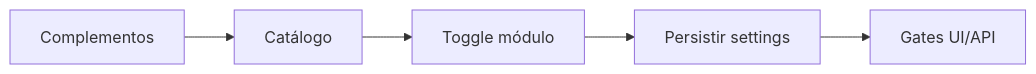
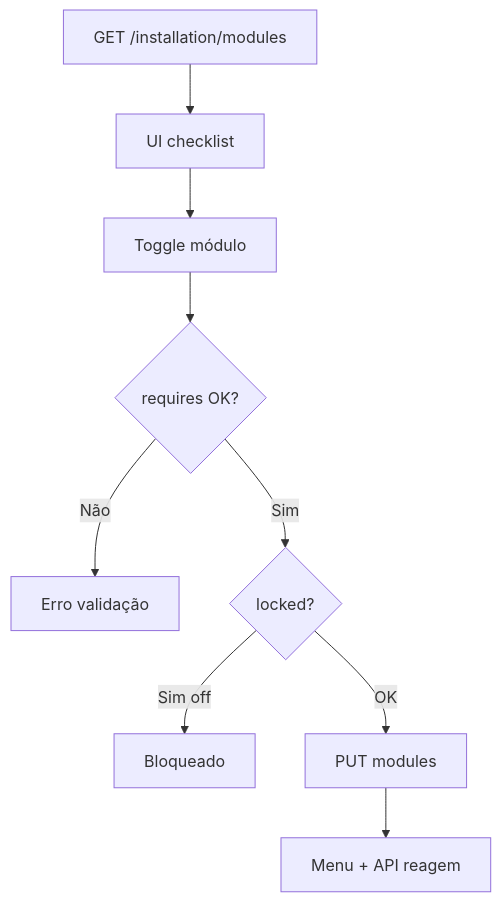
Before and after one commit to Julio-Eyras/TotemDigital-Studio-A.i: the diagram in docs/modulos/system-modules/MODULO.md, drawn with Mermaid. The commit also changed other lines of this file and 47 other files, not shown here.

````diff
--- a/docs/modulos/system-modules/MODULO.md
+++ b/docs/modulos/system-modules/MODULO.md
@@ -76,7 +128,11 @@
 ```mermaid
-flowchart LR
-  A[Complementos] --> B[Catálogo]
+flowchart TD
+  A[GET /installation/modules] --> B[UI checklist]
   B --> C[Toggle módulo]
-  C --> D[Persistir settings]
-  D --> E[Gates UI/API]
+  C --> D{requires OK?}
+  D -->|Não| X[Erro validação]
+  D -->|Sim| E{locked?}
+  E -->|Sim off| X2[Bloqueado]
+  E -->|OK| F[PUT modules]
+  F --> G[Menu + API reagem]
 ```
````
